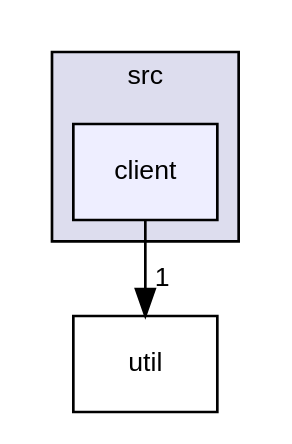
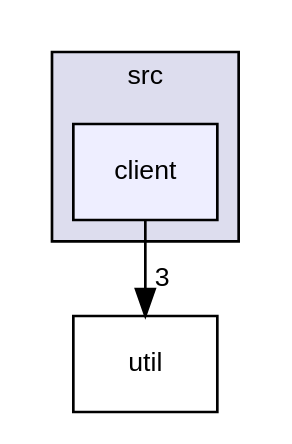
The diagram in dir_6908ff505388a07996d238c763adbdab_dep.dot (ctrlMarcio/feup-sope-proj2), drawn with Graphviz before and after one commit. The commit also changed 41 other files, not shown here.

```diff
--- a/dir_6908ff505388a07996d238c763adbdab_dep.dot
+++ b/dir_6908ff505388a07996d238c763adbdab_dep.dot
@@ -1,11 +1,11 @@
 digraph "/home/runner/work/feup-sope-proj2/feup-sope-proj2/src/client" {
   compound=true
   node [ fontsize="10", fontname="Helvetica"];
   edge [ labelfontsize="10", labelfontname="Helvetica"];
   subgraph clusterdir_68267d1309a1af8e8297ef4c3efbcdba {
     graph [ bgcolor="#ddddee", pencolor="black", label="src" fontname="Helvetica", fontsize="10", URL="dir_68267d1309a1af8e8297ef4c3efbcdba.html"]
   dir_6908ff505388a07996d238c763adbdab [shape=box, label="client", style="filled", fillcolor="#eeeeff", pencolor="black", URL="dir_6908ff505388a07996d238c763adbdab.html"];
   }
   dir_b7878ad5ecbf2506f4125b9d34c97e45 [shape=box label="util" URL="dir_b7878ad5ecbf2506f4125b9d34c97e45.html"];
-  dir_6908ff505388a07996d238c763adbdab->dir_b7878ad5ecbf2506f4125b9d34c97e45 [headlabel="1", labeldistance=1.5 headhref="dir_000001_000003.html"];
+  dir_6908ff505388a07996d238c763adbdab->dir_b7878ad5ecbf2506f4125b9d34c97e45 [headlabel="3", labeldistance=1.5 headhref="dir_000001_000003.html"];
 }
```
